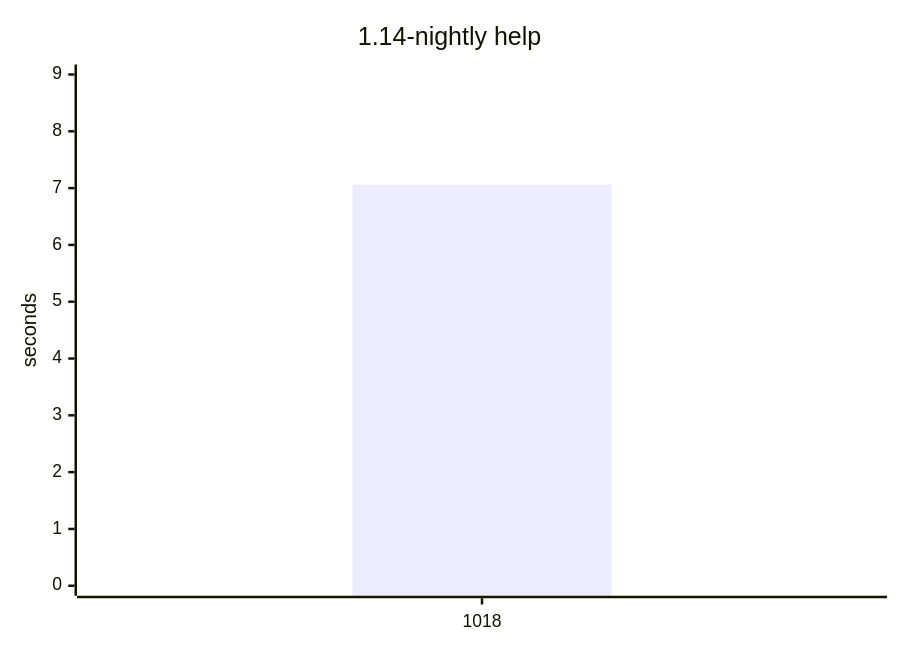
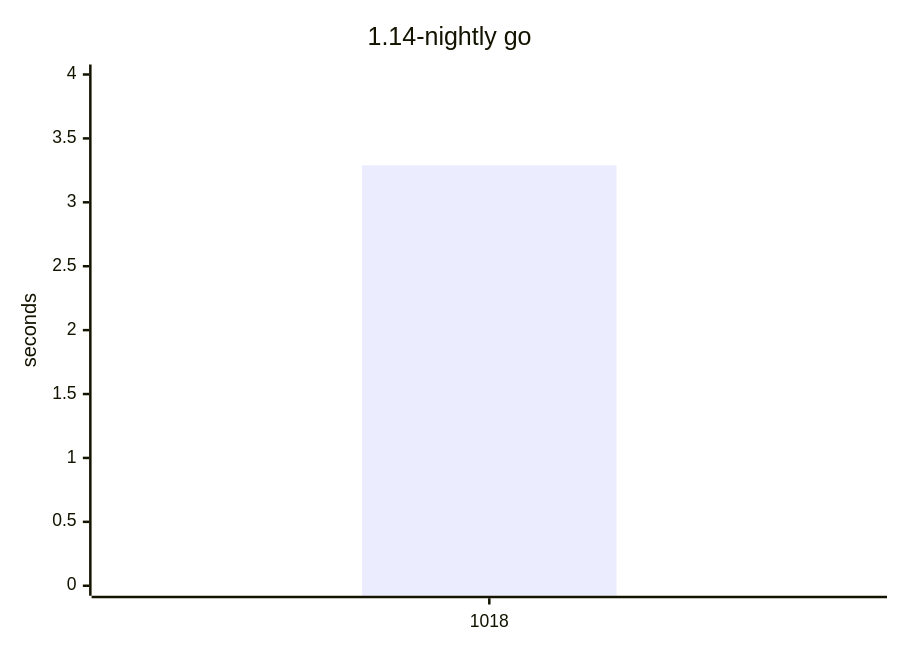
Before and after one commit to yamanori99/DistSSHKit.jl: the seventh of 12 diagrams in README.md, drawn with Mermaid. The commit also changed other lines of this file and 1 other file, not shown here.

Commit message:
Record compile bench for 1.14-nightly.

````diff
--- a/README.md
+++ b/README.md
@@ -119,7 +168,7 @@
 ```mermaid
 xychart-beta
-    title "1.14-nightly help"
+    title "1.14-nightly go"
     x-axis ["1018"]
-    y-axis "seconds" 0 --> 9
-    bar [7.06]
+    y-axis "seconds" 0 --> 4
+    bar [3.29]
 ```
````
